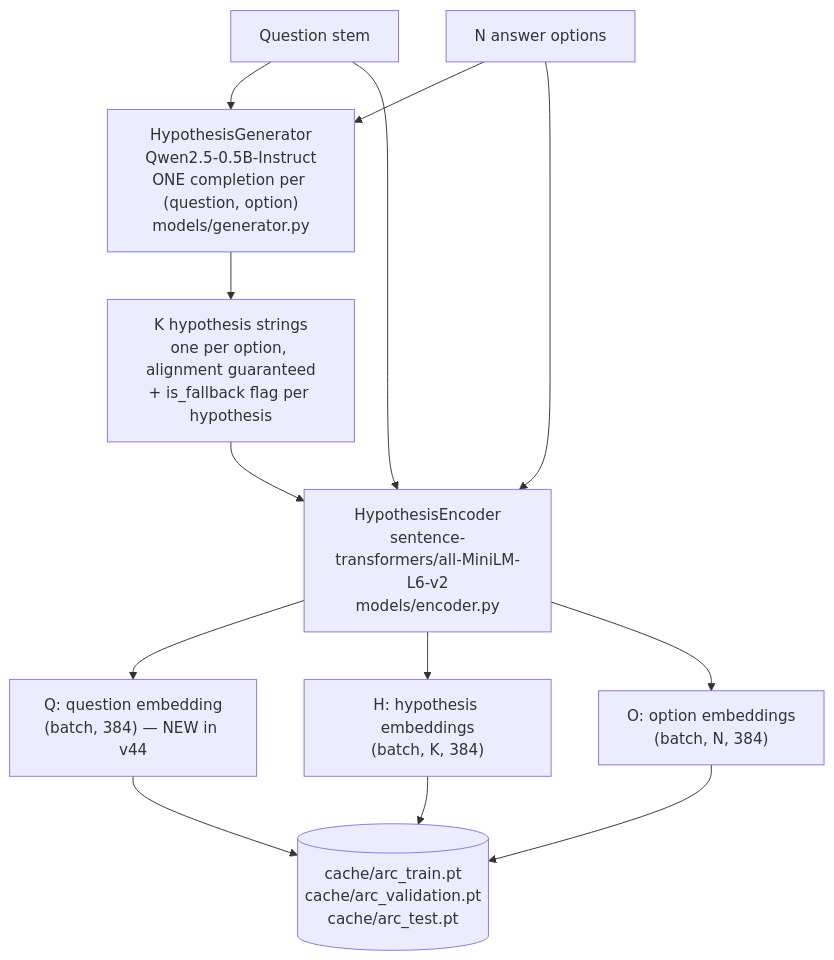
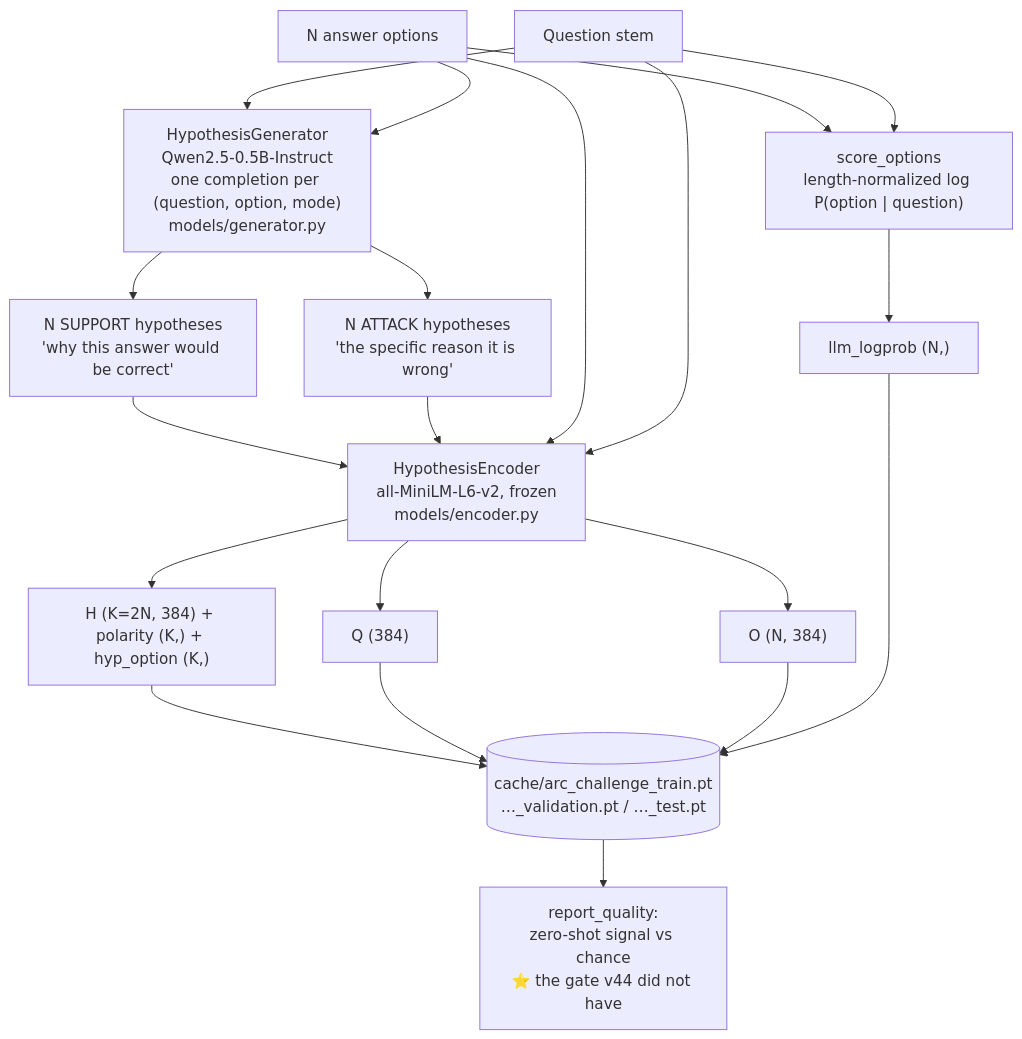
Before and after one commit to Thorfast191/qAIR-CSE499B: the second of 7 diagrams in README.md, drawn with Mermaid. The commit also changed other lines of this file and 25 other files, not shown here.

First line of the commit message:
feat(v45): asymmetric evidence, complex amplitudes, ARC-Challenge

````diff
--- a/README.md
+++ b/README.md
@@ -279,15 +345,22 @@
 ```mermaid
 flowchart TD
-    Q["Question stem"] --> GEN["HypothesisGenerator<br/>Qwen2.5-0.5B-Instruct<br/>ONE completion per (question, option)<br/>models/generator.py"]
+    Q["Question stem"] --> GEN["HypothesisGenerator<br/>Qwen2.5-0.5B-Instruct<br/>one completion per (question, option, mode)<br/>models/generator.py"]
     OPT["N answer options"] --> GEN
-    GEN --> HT["K hypothesis strings<br/>one per option, alignment guaranteed<br/>+ is_fallback flag per hypothesis"]
-    HT --> ENC["HypothesisEncoder<br/>sentence-transformers/all-MiniLM-L6-v2<br/>models/encoder.py"]
+    GEN --> SUP["N SUPPORT hypotheses<br/>'why this answer would be correct'"]
+    GEN --> ATT["N ATTACK hypotheses<br/>'the specific reason it is wrong'"]
+    OPT --> SCORE["score_options<br/>length-normalized log P(option | question)"]
+    Q --> SCORE
+    SUP --> ENC["HypothesisEncoder<br/>all-MiniLM-L6-v2, frozen<br/>models/encoder.py"]
+    ATT --> ENC
     OPT --> ENC
     Q --> ENC
-    ENC --> QE["Q: question embedding<br/>(batch, 384) — NEW in v44"]
-    ENC --> H["H: hypothesis embeddings<br/>(batch, K, 384)"]
-    ENC --> O["O: option embeddings<br/>(batch, N, 384)"]
-    QE --> CACHE[("cache/arc_train.pt<br/>cache/arc_validation.pt<br/>cache/arc_test.pt")]
-    H --> CACHE
+    ENC --> H["H (K=2N, 384) + polarity (K,) + hyp_option (K,)"]
+    ENC --> QE["Q (384)"]
+    ENC --> O["O (N, 384)"]
+    SCORE --> LP["llm_logprob (N,)"]
+    H --> CACHE[("cache/arc_challenge_train.pt<br/>…_validation.pt / …_test.pt")]
+    QE --> CACHE
     O --> CACHE
+    LP --> CACHE
+    CACHE --> GATE["report_quality:<br/>zero-shot signal vs chance<br/>⭐ the gate v44 did not have"]
 ```
````
